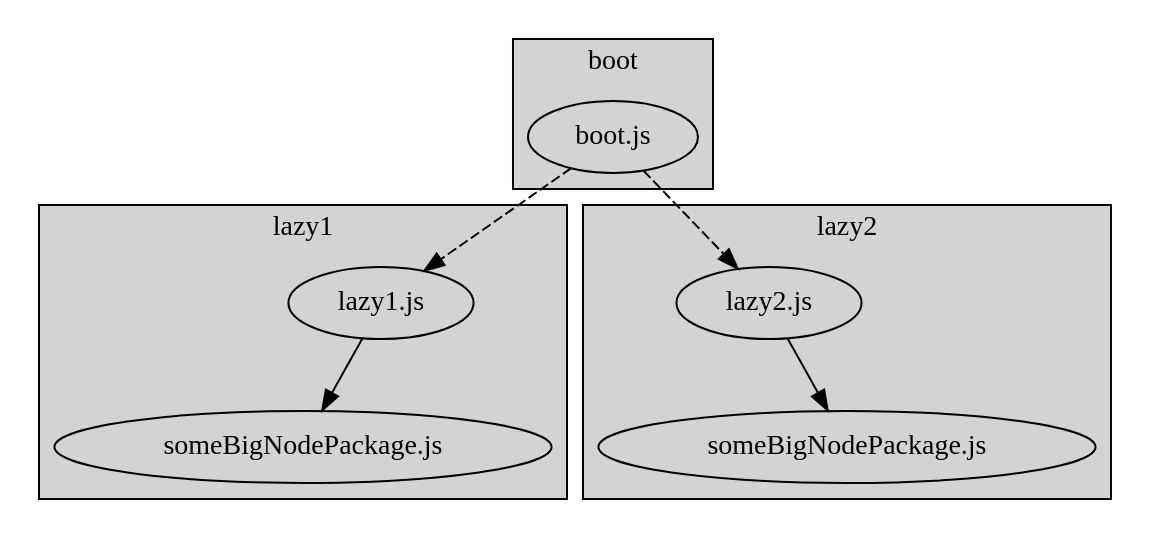
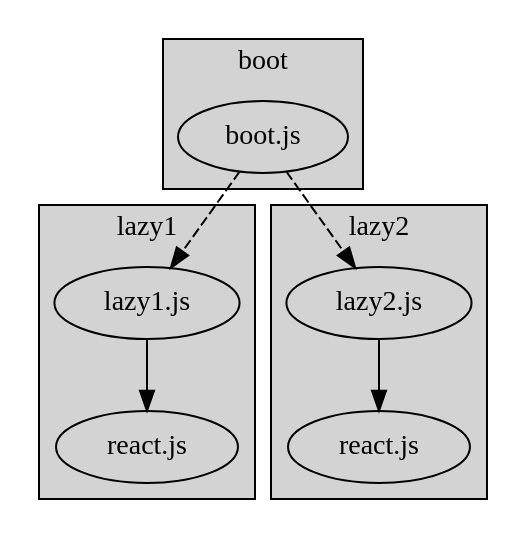
Before and after one commit to MLoughry/webpack-talk: the diagram in graphs/split-chunks/3.dot, drawn with Graphviz. The commit also changed 7 other files, not shown here.

```diff
--- a/graphs/split-chunks/3.dot
+++ b/graphs/split-chunks/3.dot
@@ -1,30 +1,30 @@
 digraph G {
   edge [fontsize=8]
 
   
 
   subgraph cluster_0 {
       label="boot"
       bgcolor=lightgrey
       a [label="boot.js"]
   }
 
   subgraph cluster_1 {
       label="lazy1"
       bgcolor=lightgrey
       b_0 [label="lazy1.js"]
-  c_0 [label="someBigNodePackage.js"]
+  c_0 [label="react.js"]
   }
 
   subgraph cluster_2 {
       label="lazy2"
       bgcolor=lightgrey
       b_1 [label="lazy2.js"]
-  c_1 [label="someBigNodePackage.js"]
+  c_1 [label="react.js"]
   }
 
   a -> b_0 [style=dashed]
   a -> b_1 [style=dashed]
   b_0 -> c_0
   b_1 -> c_1
 }
```
